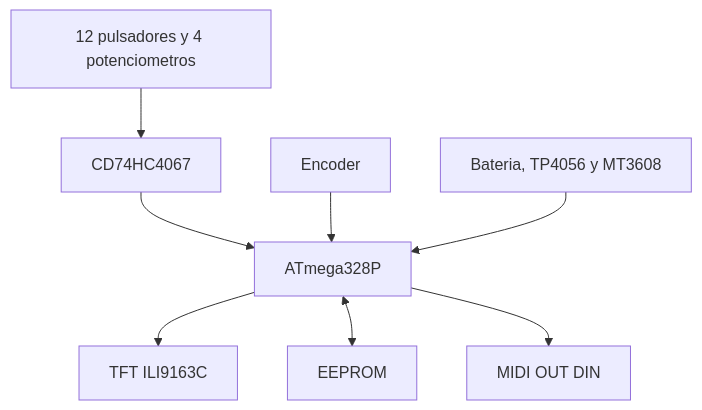
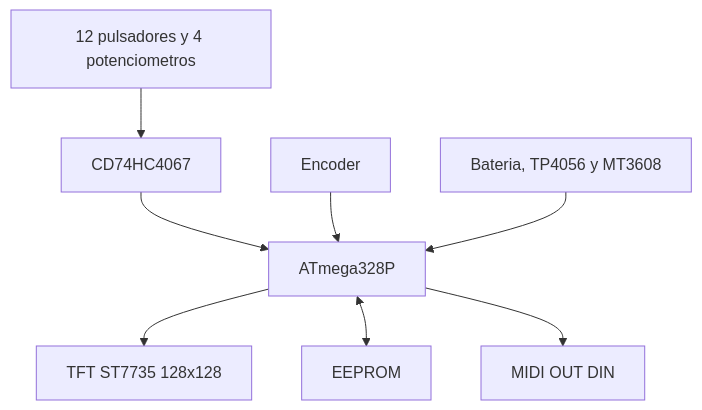
Before and after one commit to LeoPezzini/nexo-midi-controller-Compl-Analog-II: the diagram in docs/hardware/arquitectura.md, drawn with Mermaid. The commit also changed other lines of this file and 10 other files, not shown here.

````diff
--- a/docs/hardware/arquitectura.md
+++ b/docs/hardware/arquitectura.md
@@ -9,10 +9,10 @@
 ```mermaid
 flowchart TD
     C[12 pulsadores y 4 potenciometros] --> M[CD74HC4067]
     M --> U[ATmega328P]
     E[Encoder] --> U
-    U --> T[TFT ILI9163C]
+    U --> T[TFT ST7735 128x128]
     U <--> P[EEPROM]
     U --> D[MIDI OUT DIN]
     B[Bateria, TP4056 y MT3608] --> U
 ```
````
